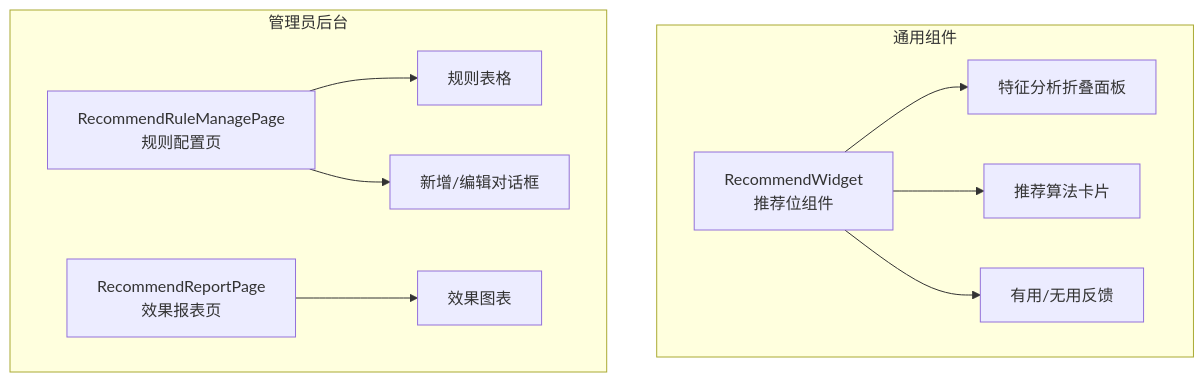
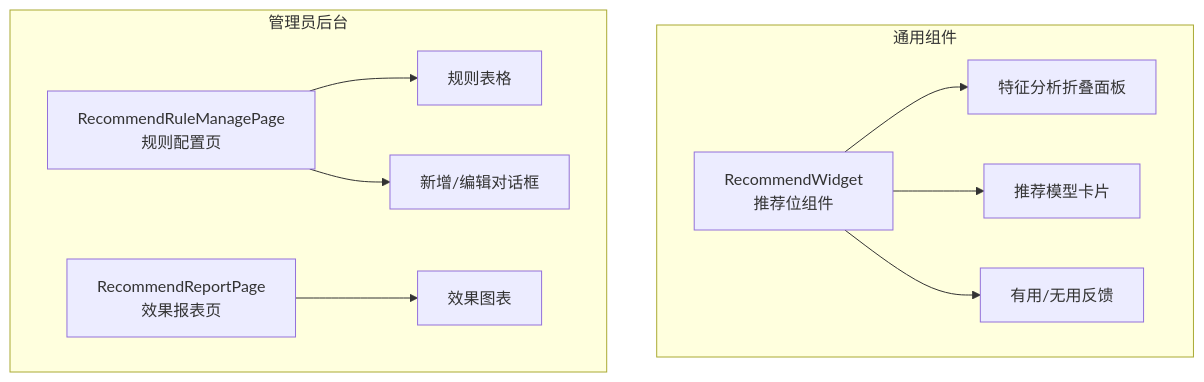
Before and after one commit to earthy-zinc/dehaze-system: the first of 3 diagrams in dehaze-doc/docs/03-模块设计/基础模块/推荐管理/前端实现.md, drawn with Mermaid. The commit also changed other lines of this file and 239 other files, not shown here.

````diff
--- a/dehaze-doc/docs/03-模块设计/基础模块/推荐管理/前端实现.md
+++ b/dehaze-doc/docs/03-模块设计/基础模块/推荐管理/前端实现.md
@@ -11,16 +11,16 @@
 ```mermaid
 graph TD
     subgraph 通用组件
         RecommendWidget[RecommendWidget<br/>推荐位组件]
         RecommendWidget --> FeaturePanel[特征分析折叠面板]
-        RecommendWidget --> RecommendCard[推荐算法卡片]
+        RecommendWidget --> RecommendCard[推荐模型卡片]
         RecommendWidget --> FeedbackBtn[有用/无用反馈]
     end
     subgraph 管理员后台
         RecommendRuleManagePage[RecommendRuleManagePage<br/>规则配置页]
         RecommendReportPage[RecommendReportPage<br/>效果报表页]
         RecommendRuleManagePage --> RuleTable[规则表格]
         RecommendRuleManagePage --> RuleDialog[新增/编辑对话框]
         RecommendReportPage --> ReportChart[效果图表]
     end
 ```
````
